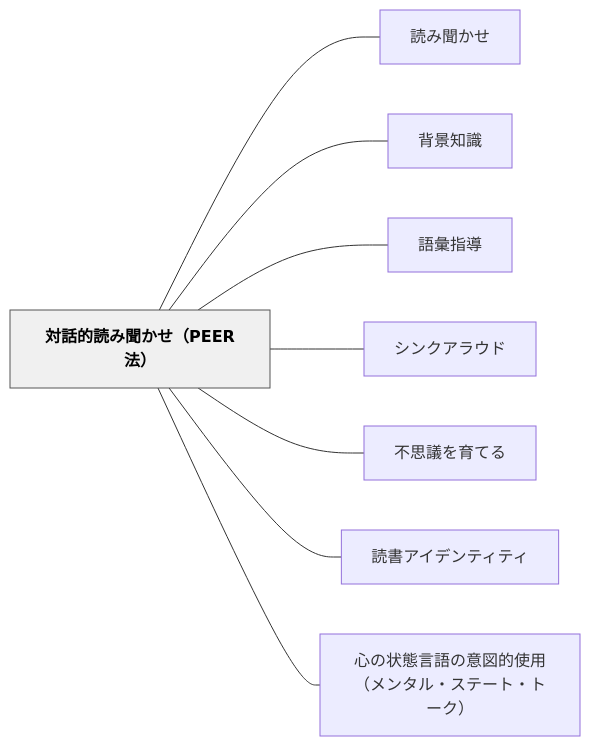
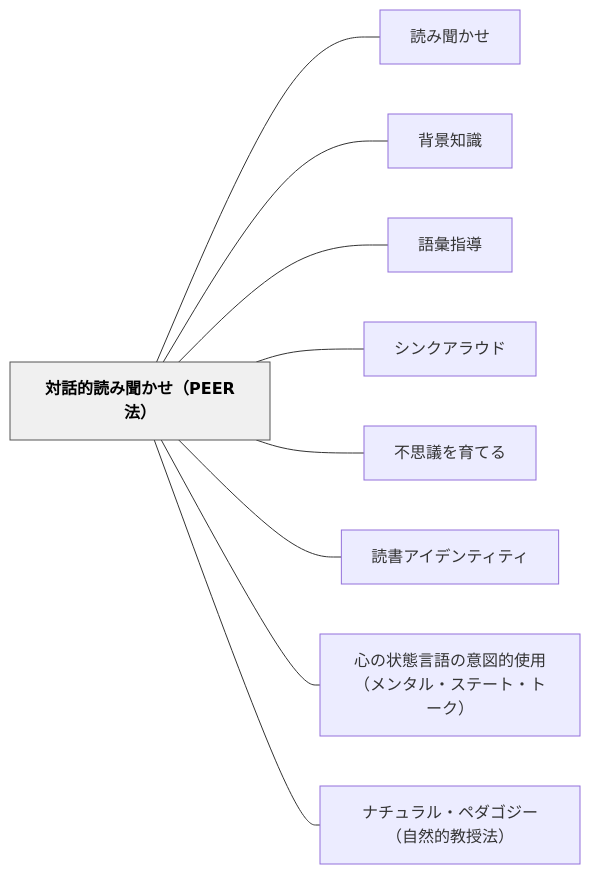
Before and after one commit to unknownthings-ed-patterns/unknownthings-ed-patterns: the diagram in content/パタン/対話的読み聞かせ（PEER法）.md, drawn with Mermaid. The commit also changed other lines of this file and 5 other files, not shown here.

````diff
--- a/content/パタン/対話的読み聞かせ（PEER法）.md
+++ b/content/パタン/対話的読み聞かせ（PEER法）.md
@@ -136,22 +137,24 @@
 ```mermaid
 flowchart LR
     ne5afbee8a9b1e79a84e8aaade381bfe8819ee3818be3819befbc8850454552e6b395efbc89["対話的読み聞かせ（PEER法）"]
     ne8aaade381bfe8819ee3818be3819b["読み聞かせ"]
     ne8838ce699afe79fa5e8ad98["背景知識"]
     ne8aa9ee5bd99e68c87e5b08e["語彙指導"]
     ne382b7e383b3e382afe382a2e383a9e382a6e38389["シンクアラウド"]
     ne4b88de6809de8adb0e38292e882b2e381a6e3828b["不思議を育てる"]
     ne8aaade69bb8e382a2e382a4e38387e383b3e38386e382a3e38386e382a3["読書アイデンティティ"]
     ne5bf83e381aee78ab6e6858be8a880e8aa9ee381aee6848fe59bb3e79a84e4bdbfe794a8efbc88e383a1e383b3e382bfe383abe383bbe382b9e38386e383bce38388e383bbe38388e383bce382afefbc89["心の状態言語の意図的使用（メンタル・ステート・トーク）"]
+    ne3838ae38381e383a5e383a9e383abe383bbe3839ae38380e382b4e382b8e383bcefbc88e887aae784b6e79a84e69599e68e88e6b395efbc89["ナチュラル・ペダゴジー（自然的教授法）"]
 
     ne5afbee8a9b1e79a84e8aaade381bfe8819ee3818be3819befbc8850454552e6b395efbc89 --- ne8aaade381bfe8819ee3818be3819b
     ne5afbee8a9b1e79a84e8aaade381bfe8819ee3818be3819befbc8850454552e6b395efbc89 --- ne8838ce699afe79fa5e8ad98
     ne5afbee8a9b1e79a84e8aaade381bfe8819ee3818be3819befbc8850454552e6b395efbc89 --- ne8aa9ee5bd99e68c87e5b08e
     ne5afbee8a9b1e79a84e8aaade381bfe8819ee3818be3819befbc8850454552e6b395efbc89 --- ne382b7e383b3e382afe382a2e383a9e382a6e38389
     ne5afbee8a9b1e79a84e8aaade381bfe8819ee3818be3819befbc8850454552e6b395efbc89 --- ne4b88de6809de8adb0e38292e882b2e381a6e3828b
     ne5afbee8a9b1e79a84e8aaade381bfe8819ee3818be3819befbc8850454552e6b395efbc89 --- ne8aaade69bb8e382a2e382a4e38387e383b3e38386e382a3e38386e382a3
     ne5afbee8a9b1e79a84e8aaade381bfe8819ee3818be3819befbc8850454552e6b395efbc89 --- ne5bf83e381aee78ab6e6858be8a880e8aa9ee381aee6848fe59bb3e79a84e4bdbfe794a8efbc88e383a1e383b3e382bfe383abe383bbe382b9e38386e383bce38388e383bbe38388e383bce382afefbc89
+    ne5afbee8a9b1e79a84e8aaade381bfe8819ee3818be3819befbc8850454552e6b395efbc89 --- ne3838ae38381e383a5e383a9e383abe383bbe3839ae38380e382b4e382b8e383bcefbc88e887aae784b6e79a84e69599e68e88e6b395efbc89
 
     classDef hub fill:#f0f0f0,stroke:#555,color:#000,font-weight:bold
     class ne5afbee8a9b1e79a84e8aaade381bfe8819ee3818be3819befbc8850454552e6b395efbc89 hub
 ```
````
